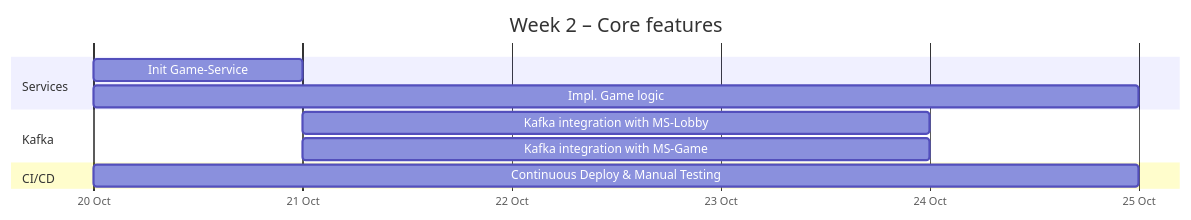
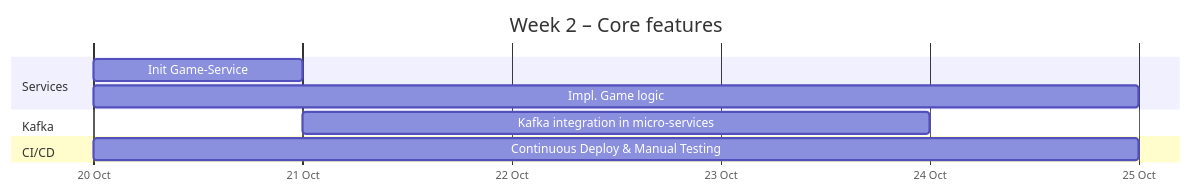
Before and after one commit to salt-community/pp-amanda: the second of 4 diagrams in README.md, drawn with Mermaid. The commit also changed other lines of this file, not shown here.

Commit message:
Updating project plan

````diff
--- a/README.md
+++ b/README.md
@@ -70,19 +70,18 @@
 ```mermaid
 gantt
     title Week 2 – Core features
     dateFormat  YYYY-MM-DD
     axisFormat  %d %b
     tickInterval 1day
 
     section Services
         Init Game-Service                   :b1, 2025-10-20, 1d
         Impl. Game logic                    :b2, 2025-10-20, 5d
 
     section Kafka
-        Kafka integration with MS-Lobby     :b3, 2025-10-21, 3d
-        Kafka integration with MS-Game      :b4, 2025-10-21, 3d
+        Kafka integration in micro-services     :b3, 2025-10-21, 3d
 
     section CI/CD
-        Continuous Deploy & Manual Testing  :b5, 2025-10-20, 5d
+        Continuous Deploy & Manual Testing  :b4, 2025-10-20, 5d
 
 ```
````
